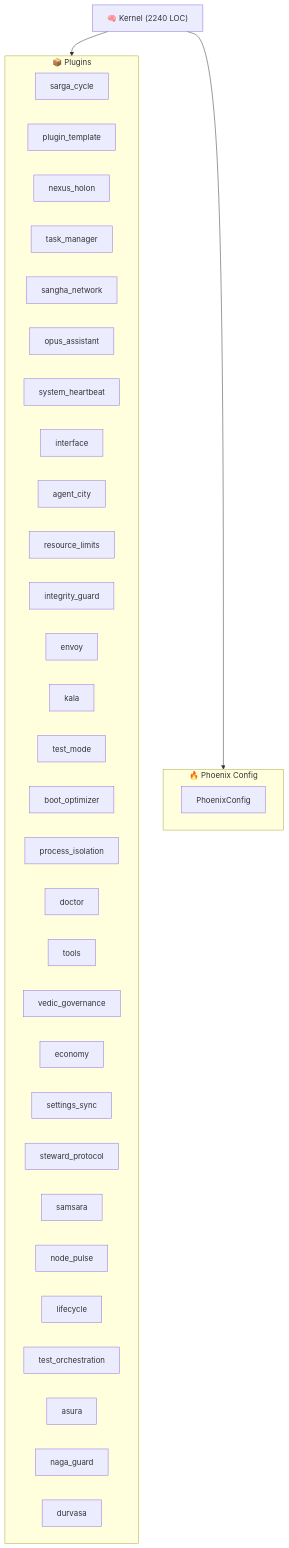
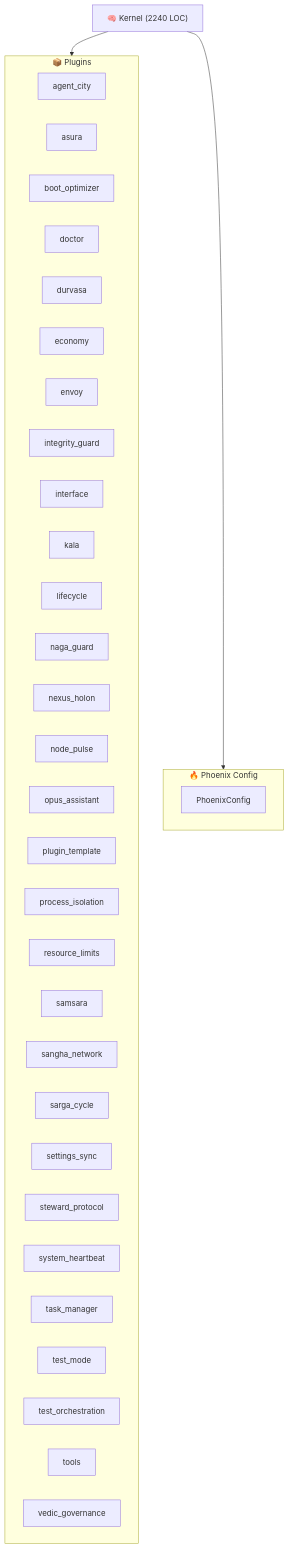
Before and after one commit to kimeisele/steward-protocol: the diagram in ARCHITECTURE.md, drawn with Mermaid. The commit also changed other lines of this file and 15 other files, not shown here.

````diff
--- a/ARCHITECTURE.md
+++ b/ARCHITECTURE.md
@@ -8,40 +8,40 @@
 ```mermaid
 graph TB
     K["🧠 Kernel (2240 LOC)"]
     subgraph Plugins["📦 Plugins"]
+        P_agent_city["agent_city"]
+        P_asura["asura"]
+        P_boot_optimizer["boot_optimizer"]
+        P_doctor["doctor"]
+        P_durvasa["durvasa"]
+        P_economy["economy"]
+        P_envoy["envoy"]
+        P_integrity_guard["integrity_guard"]
+        P_interface["interface"]
+        P_kala["kala"]
+        P_lifecycle["lifecycle"]
+        P_naga_guard["naga_guard"]
+        P_nexus_holon["nexus_holon"]
+        P_node_pulse["node_pulse"]
+        P_opus_assistant["opus_assistant"]
+        P_plugin_template["plugin_template"]
+        P_process_isolation["process_isolation"]
+        P_resource_limits["resource_limits"]
+        P_samsara["samsara"]
+        P_sangha_network["sangha_network"]
         P_sarga_cycle["sarga_cycle"]
-        P_plugin_template["plugin_template"]
-        P_nexus_holon["nexus_holon"]
+        P_settings_sync["settings_sync"]
+        P_steward_protocol["steward_protocol"]
+        P_system_heartbeat["system_heartbeat"]
         P_task_manager["task_manager"]
-        P_sangha_network["sangha_network"]
-        P_opus_assistant["opus_assistant"]
-        P_system_heartbeat["system_heartbeat"]
-        P_interface["interface"]
-        P_agent_city["agent_city"]
-        P_resource_limits["resource_limits"]
-        P_integrity_guard["integrity_guard"]
-        P_envoy["envoy"]
-        P_kala["kala"]
         P_test_mode["test_mode"]
-        P_boot_optimizer["boot_optimizer"]
-        P_process_isolation["process_isolation"]
-        P_doctor["doctor"]
+        P_test_orchestration["test_orchestration"]
         P_tools["tools"]
         P_vedic_governance["vedic_governance"]
-        P_economy["economy"]
-        P_settings_sync["settings_sync"]
-        P_steward_protocol["steward_protocol"]
-        P_samsara["samsara"]
-        P_node_pulse["node_pulse"]
-        P_lifecycle["lifecycle"]
-        P_test_orchestration["test_orchestration"]
-        P_asura["asura"]
-        P_naga_guard["naga_guard"]
-        P_durvasa["durvasa"]
     end
     K --> Plugins
     subgraph Config["🔥 Phoenix Config"]
         PC[PhoenixConfig]
     end
     K --> Config
 ```
````
